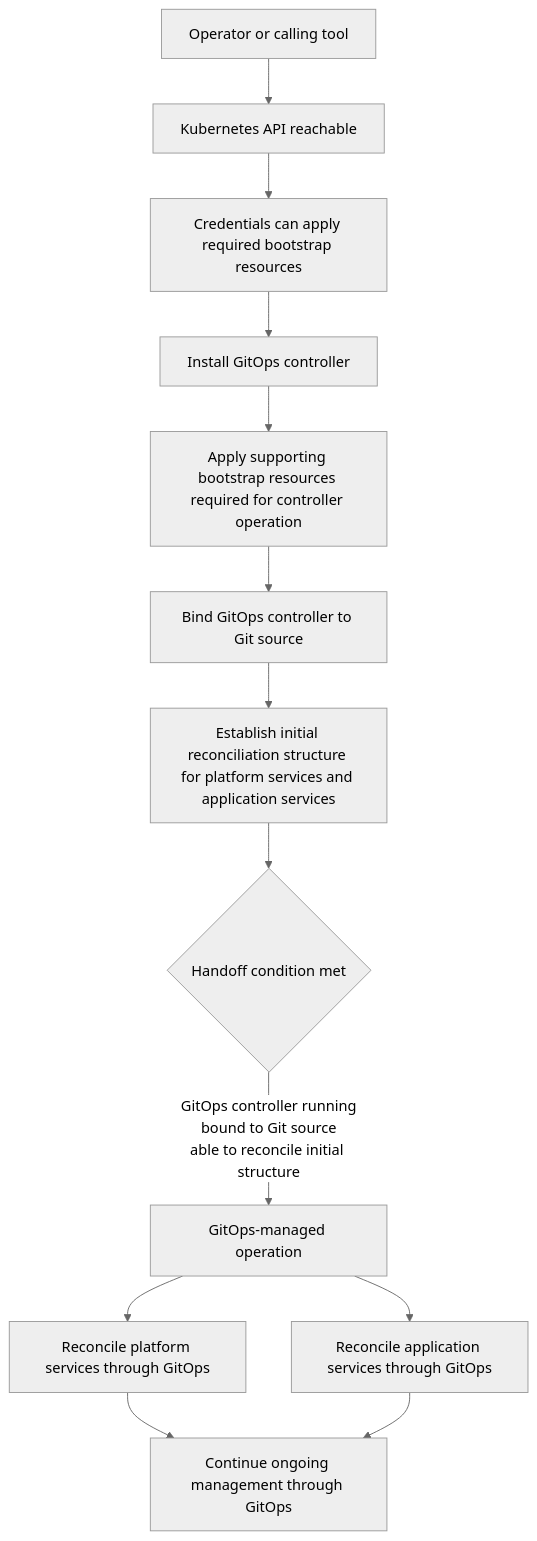
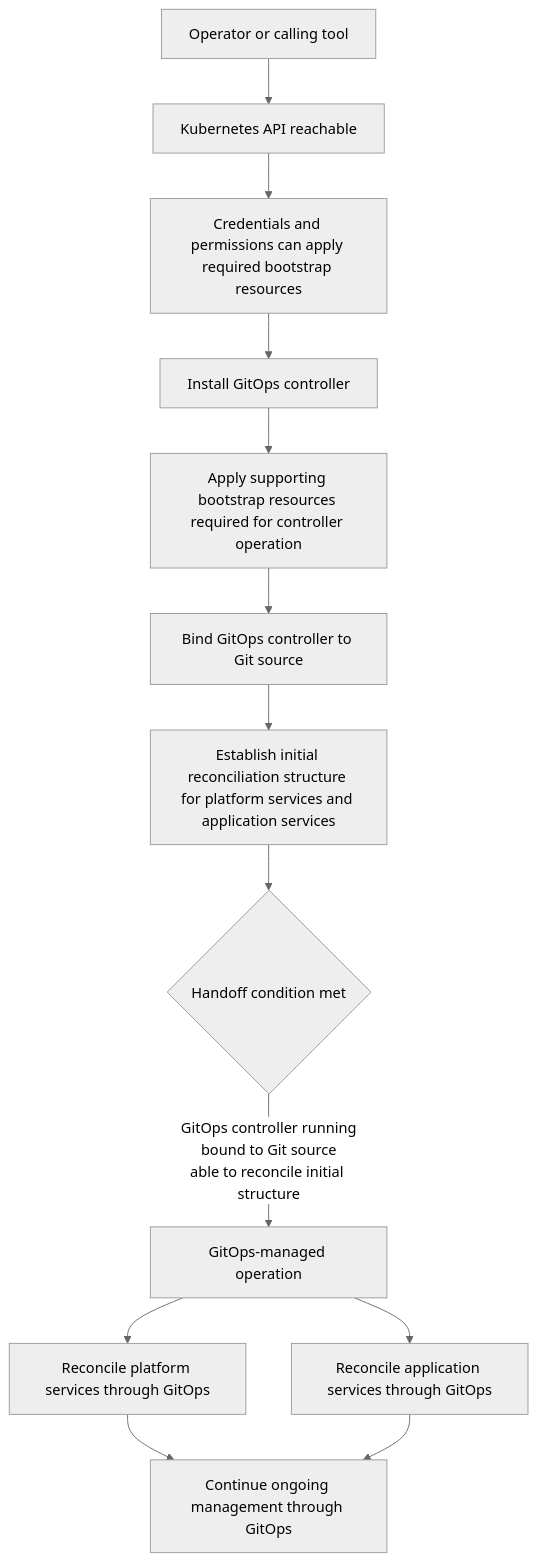
The diagram in docs/bootstrap-installation-contract.md (42aei/kubecrate), drawn with Mermaid (neutral theme) before and after one commit. The commit also changed other lines of this file and 5 other files, not shown here.

````diff
--- a/docs/bootstrap-installation-contract.md
+++ b/docs/bootstrap-installation-contract.md
@@ -88,20 +85,20 @@
 ```mermaid
 flowchart TD
     A[Operator or calling tool]
     B[Kubernetes API reachable]
-    C[Credentials can apply required bootstrap resources]
+    C[Credentials and permissions can apply required bootstrap resources]
     D[Install GitOps controller]
     E[Apply supporting bootstrap resources required for controller operation]
     F[Bind GitOps controller to Git source]
     G[Establish initial reconciliation structure for platform services and application services]
     H{Handoff condition met}
     I[GitOps-managed operation]
     J[Reconcile platform services through GitOps]
     K[Reconcile application services through GitOps]
     L[Continue ongoing management through GitOps]
 
     A --> B --> C --> D --> E --> F --> G --> H
     H -->|GitOps controller running\nbound to Git source\nable to reconcile initial structure| I
     I --> J --> L
     I --> K --> L
 ```
````
